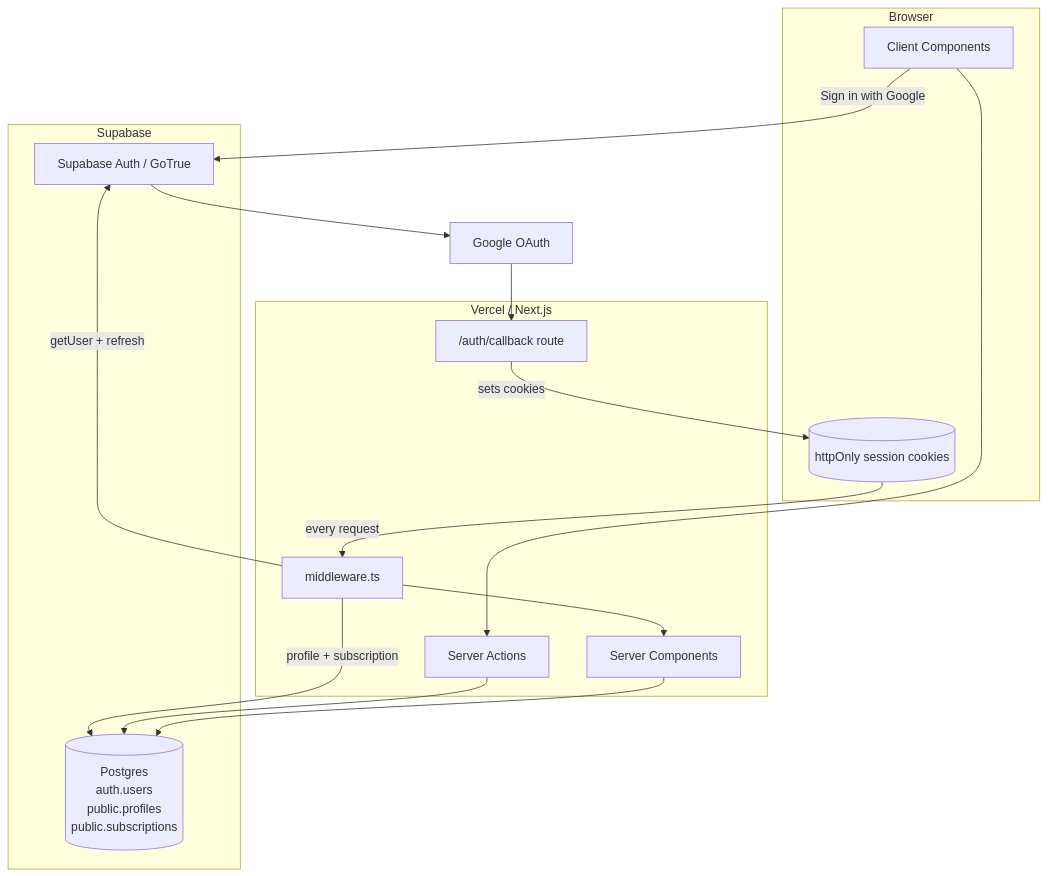
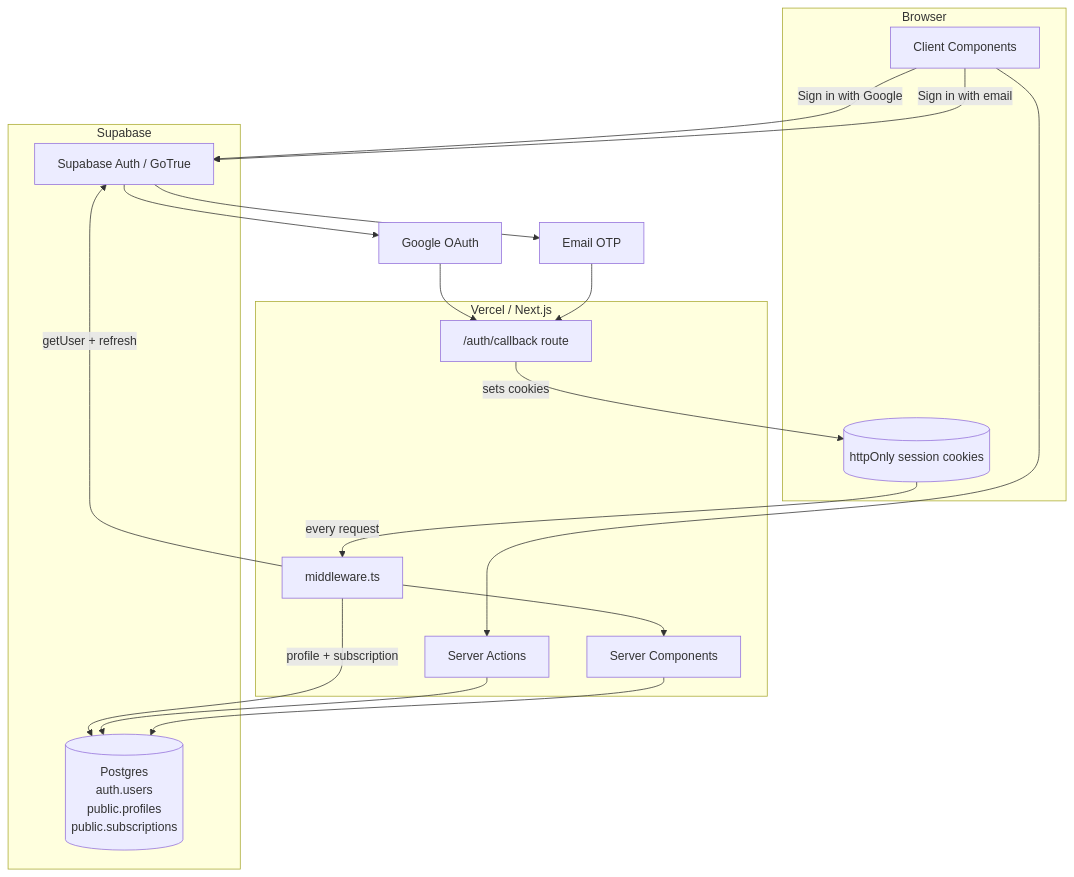
Before and after one commit to imaanbrar/speclyy: the diagram in docs/architecture/auth.md, drawn with Mermaid. The commit also changed other lines of this file, not shown here.

First line of the commit message:
Add email OTP sign-in and 90-day session lifetime to auth docs

````diff
--- a/docs/architecture/auth.md
+++ b/docs/architecture/auth.md
@@ -9,33 +9,37 @@
 ```mermaid
 flowchart TB
   subgraph Browser
     UI[Client Components]
     Cookie[(httpOnly session cookies)]
   end
 
   subgraph Vercel["Vercel / Next.js"]
     MW[middleware.ts]
     RSC[Server Components]
     SA[Server Actions]
     Cb["/auth/callback route"]
   end
 
   subgraph Supabase
     Auth[Supabase Auth / GoTrue]
     DB[(Postgres<br/>auth.users<br/>public.profiles<br/>public.subscriptions)]
   end
 
   Google[Google OAuth]
+  Mail[Email OTP]
 
   UI -->|"Sign in with Google"| Auth
+  UI -->|"Sign in with email"| Auth
   Auth --> Google
+  Auth --> Mail
   Google --> Cb
+  Mail --> Cb
   Cb -->|sets cookies| Cookie
   Cookie -->|every request| MW
   MW -->|getUser + refresh| Auth
   MW -->|profile + subscription| DB
   MW --> RSC
   UI --> SA
   SA --> DB
   RSC --> DB
 ```
````
